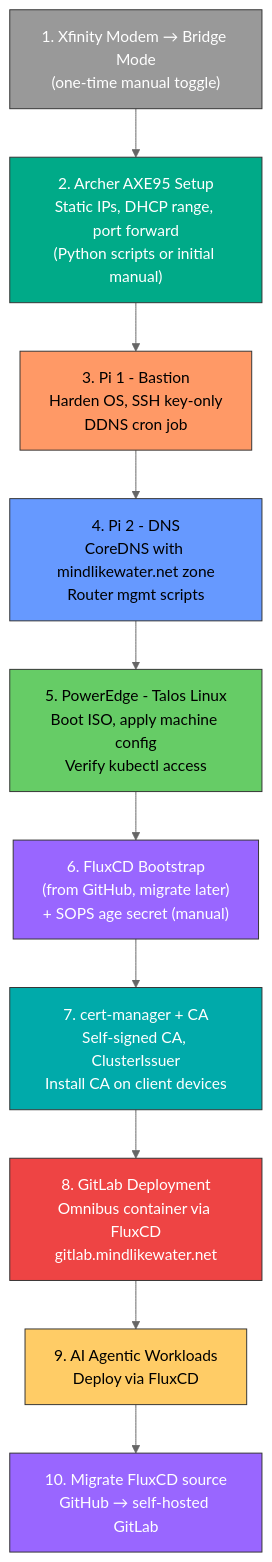
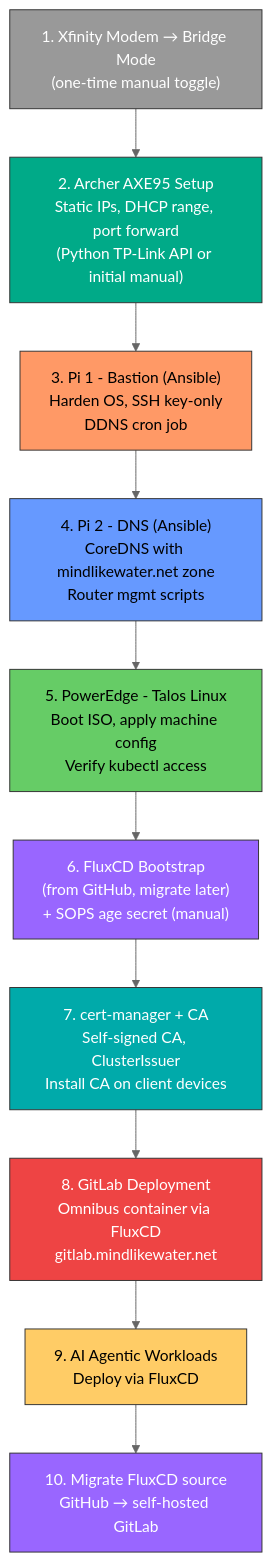
The eighth of 8 diagrams in _bmad-output/brainstorming/architecture-diagram.md (thewoolleyman/home-tech-infrastructure), drawn with Mermaid (neutral theme) before and after one commit. The commit also changed other lines of this file, not shown here.

````diff
--- a/_bmad-output/brainstorming/architecture-diagram.md
+++ b/_bmad-output/brainstorming/architecture-diagram.md
@@ -271,26 +354,26 @@
 ```mermaid
 flowchart TD
     B1["1. Xfinity Modem → Bridge Mode<br/>(one-time manual toggle)"]
-    B2["2. Archer AXE95 Setup<br/>Static IPs, DHCP range, port forward<br/>(Python scripts or initial manual)"]
-    B3["3. Pi 1 - Bastion<br/>Harden OS, SSH key-only<br/>DDNS cron job"]
-    B4["4. Pi 2 - DNS<br/>CoreDNS with mindlikewater.net zone<br/>Router mgmt scripts"]
+    B2["2. Archer AXE95 Setup<br/>Static IPs, DHCP range, port forward<br/>(Python TP-Link API or initial manual)"]
+    B3["3. Pi 1 - Bastion (Ansible)<br/>Harden OS, SSH key-only<br/>DDNS cron job"]
+    B4["4. Pi 2 - DNS (Ansible)<br/>CoreDNS with mindlikewater.net zone<br/>Router mgmt scripts"]
     B5["5. PowerEdge - Talos Linux<br/>Boot ISO, apply machine config<br/>Verify kubectl access"]
     B6["6. FluxCD Bootstrap<br/>(from GitHub, migrate later)<br/>+ SOPS age secret (manual)"]
     B7["7. cert-manager + CA<br/>Self-signed CA, ClusterIssuer<br/>Install CA on client devices"]
     B8["8. GitLab Deployment<br/>Omnibus container via FluxCD<br/>gitlab.mindlikewater.net"]
     B9["9. AI Agentic Workloads<br/>Deploy via FluxCD"]
     B10["10. Migrate FluxCD source<br/>GitHub → self-hosted GitLab"]
 
     B1 --> B2 --> B3 --> B4 --> B5 --> B6 --> B7 --> B8 --> B9 --> B10
 
     style B1 fill:#999,stroke:#333,color:#fff
     style B2 fill:#0a8,stroke:#333,color:#fff
     style B3 fill:#f96,stroke:#333
     style B4 fill:#69f,stroke:#333
     style B5 fill:#6c6,stroke:#333
     style B6 fill:#96f,stroke:#333,color:#fff
     style B7 fill:#0aa,stroke:#333,color:#fff
     style B8 fill:#e44,stroke:#333,color:#fff
     style B9 fill:#fc6,stroke:#333
     style B10 fill:#96f,stroke:#333,color:#fff
 ```
````
